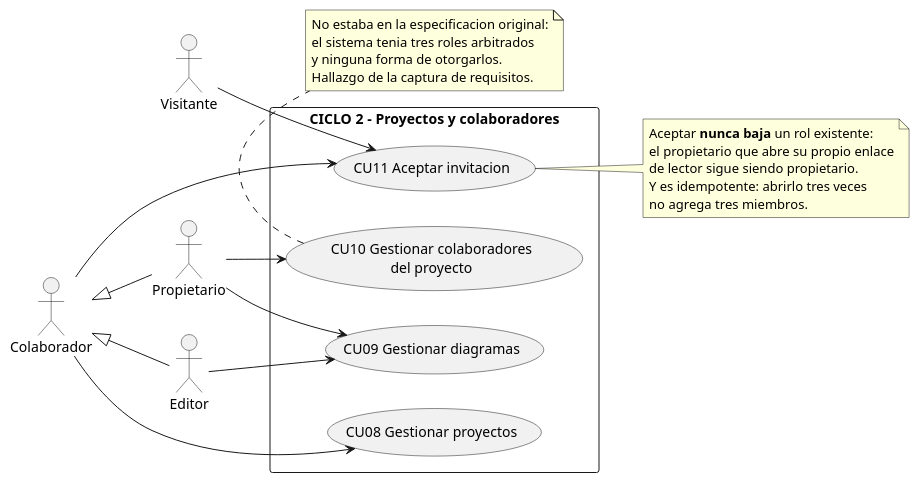
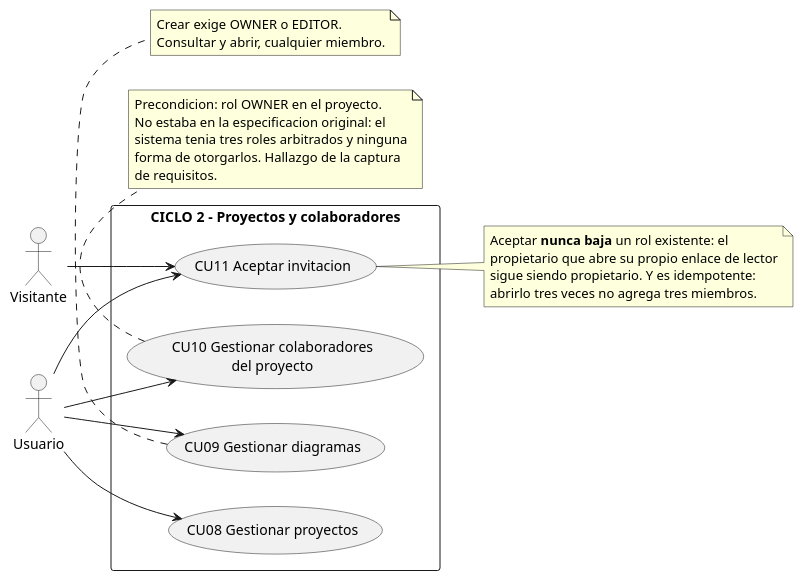
One commit to daniel-ol5/diagramacolaborativo changed the diagram in docs/puds/diagramas/casos-de-uso-ciclo2.puml. Above: the diagram before and after it, drawn with PlantUML. The commit also changed 7 other files, not shown here.

```diff
--- a/docs/puds/diagramas/casos-de-uso-ciclo2.puml
+++ b/docs/puds/diagramas/casos-de-uso-ciclo2.puml
@@ -1,41 +1,40 @@
 @startuml casos-de-uso-ciclo2
 ' CICLO 2 - Gestion de proyectos y colaboracion entre personas
 left to right direction
 
 actor "Visitante" as V
-actor "Colaborador" as C
-actor "Propietario" as OW
-actor "Editor" as ED
-
-C <|-- OW
-C <|-- ED
+actor "Usuario" as U
 
 rectangle "CICLO 2 - Proyectos y colaboradores" {
   usecase "CU08 Gestionar proyectos" as CU08
   usecase "CU09 Gestionar diagramas" as CU09
   usecase "CU10 Gestionar colaboradores\ndel proyecto" as CU10
   usecase "CU11 Aceptar invitacion" as CU11
 }
 
-C --> CU08
-OW --> CU09
-ED --> CU09
-OW --> CU10
+U --> CU08
+U --> CU09
+U --> CU10
 V --> CU11
-C --> CU11
+U --> CU11
 
 note bottom of CU10
-  No estaba en la especificacion original:
-  el sistema tenia tres roles arbitrados
-  y ninguna forma de otorgarlos.
-  Hallazgo de la captura de requisitos.
+  Precondicion: rol OWNER en el proyecto.
+  No estaba en la especificacion original: el
+  sistema tenia tres roles arbitrados y ninguna
+  forma de otorgarlos. Hallazgo de la captura
+  de requisitos.
 end note
 
 note right of CU11
-  Aceptar **nunca baja** un rol existente:
-  el propietario que abre su propio enlace
-  de lector sigue siendo propietario.
-  Y es idempotente: abrirlo tres veces
-  no agrega tres miembros.
+  Aceptar **nunca baja** un rol existente: el
+  propietario que abre su propio enlace de lector
+  sigue siendo propietario. Y es idempotente:
+  abrirlo tres veces no agrega tres miembros.
+end note
+
+note bottom of CU09
+  Crear exige OWNER o EDITOR.
+  Consultar y abrir, cualquier miembro.
 end note
 @enduml
```
